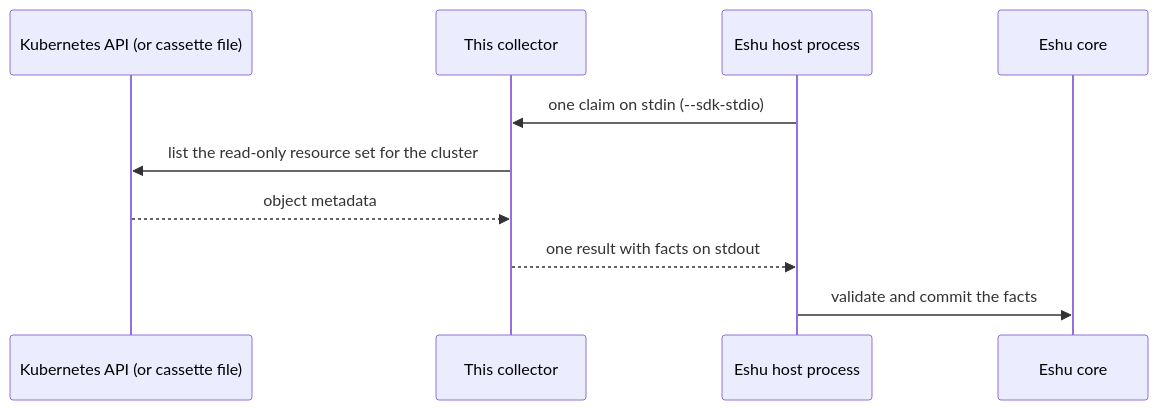
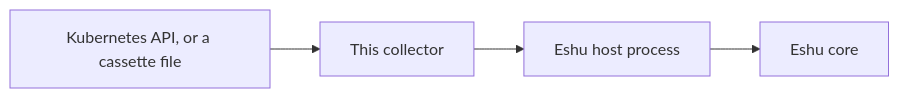
Before and after one commit to eshu-hq/eshu-collector-kubernetes-live: the diagram in README.md, drawn with Mermaid. The commit also changed other lines of this file and 14 other files, not shown here.

````diff
--- a/README.md
+++ b/README.md
@@ -56,12 +14,6 @@
 ```mermaid
-sequenceDiagram
-    participant K as Kubernetes API (or cassette file)
-    participant C as This collector
-    participant H as Eshu host process
-    participant E as Eshu core
-    H->>C: one claim on stdin (--sdk-stdio)
-    C->>K: list the read-only resource set for the cluster
-    K-->>C: object metadata
-    C-->>H: one result with facts on stdout
-    H->>E: validate and commit the facts
+flowchart LR
+    K[Kubernetes API, or a cassette file] --> C[This collector]
+    C --> H[Eshu host process]
+    H --> E[Eshu core]
 ```
````
